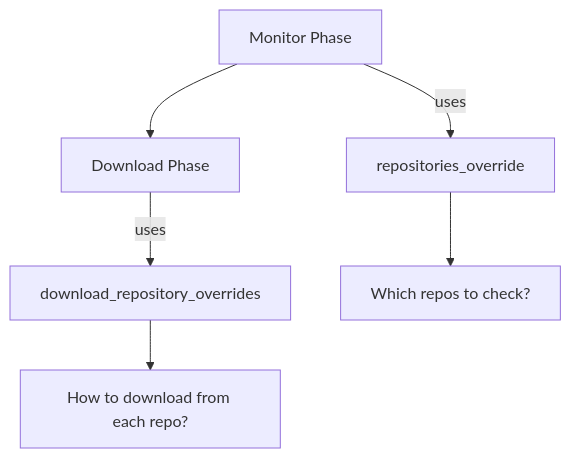
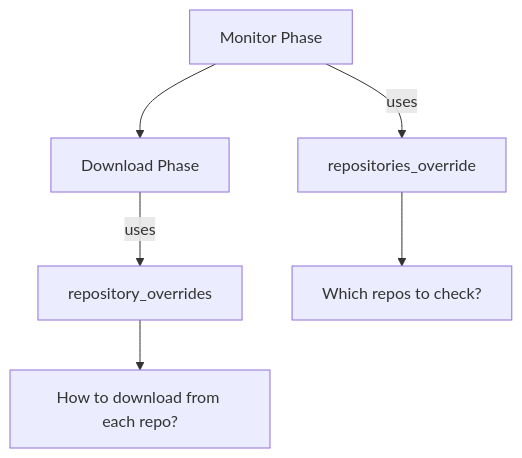
The diagram in docs/ARTIFACTORY.md (malston/release-monitor), drawn with Mermaid before and after one commit. The commit also changed other lines of this file and 12 other files, not shown here.

First line of the commit message:
Rename download_repository_overrides to repository_overrides

````diff
--- a/docs/ARTIFACTORY.md
+++ b/docs/ARTIFACTORY.md
@@ -767,9 +767,9 @@
 ```mermaid
 graph TD
     A[Monitor Phase] --> B[Download Phase]
     A --> |uses| C[repositories_override]
-    B --> |uses| D[download_repository_overrides]
+    B --> |uses| D[repository_overrides]
 
     C --> E[Which repos to check?]
     D --> F[How to download from each repo?]
 ```
````
